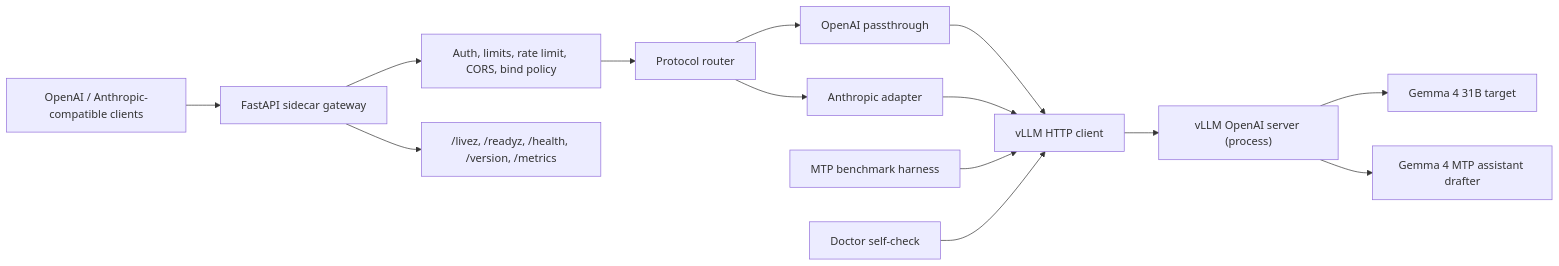
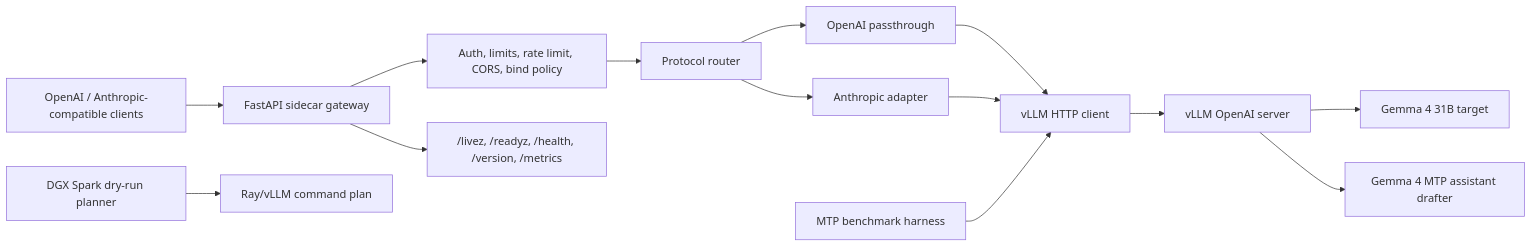
One commit to alicankiraz1/Gemma-4-31B-MTP-vLLM-Server changed the diagram in README.md. Above: the diagram before and after it, drawn with Mermaid. The commit also changed other lines of this file, not shown here.

````diff
--- a/README.md
+++ b/README.md
@@ -175,30 +384,31 @@
 ```mermaid
 flowchart LR
     clients["OpenAI / Anthropic-compatible clients"]
     gateway["FastAPI sidecar gateway"]
     guardrails["Auth, limits, rate limit, CORS, bind policy"]
     selector["Protocol router"]
     openai_path["OpenAI passthrough"]
     anthropic_path["Anthropic adapter"]
     vllm_client["vLLM HTTP client"]
-    vllm["vLLM OpenAI server (process)"]
+    vllm["vLLM OpenAI server"]
     target["Gemma 4 31B target"]
     drafter["Gemma 4 MTP assistant drafter"]
     diagnostics["/livez, /readyz, /health, /version, /metrics"]
+    planner["DGX Spark dry-run planner"]
+    plan["Ray/vLLM command plan"]
     bench["MTP benchmark harness"]
-    doctor["Doctor self-check"]
 
     clients --> gateway
     gateway --> guardrails
     guardrails --> selector
     selector --> openai_path
     selector --> anthropic_path
     openai_path --> vllm_client
     anthropic_path --> vllm_client
     vllm_client --> vllm
     vllm --> target
     vllm --> drafter
     gateway --> diagnostics
+    planner --> plan
     bench --> vllm_client
-    doctor --> vllm_client
 ```
````
